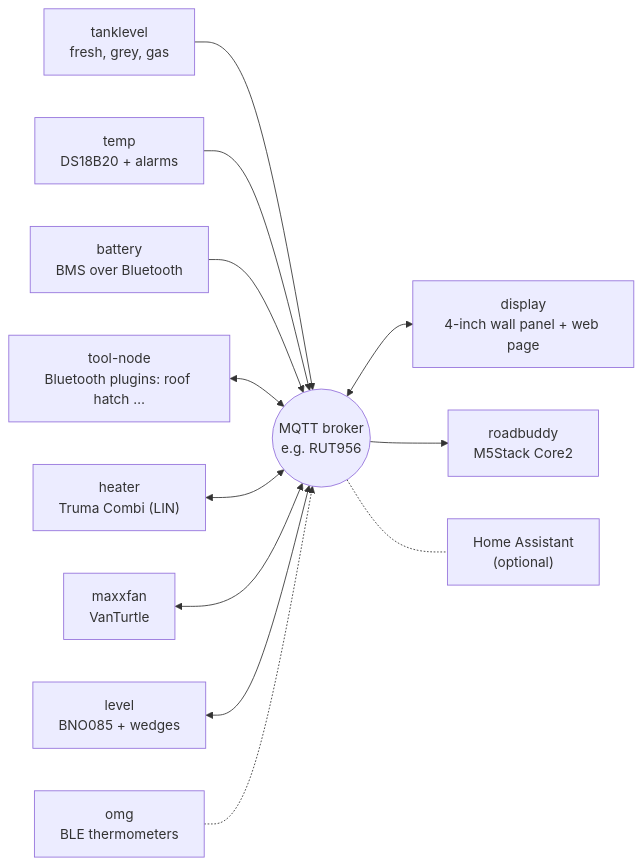
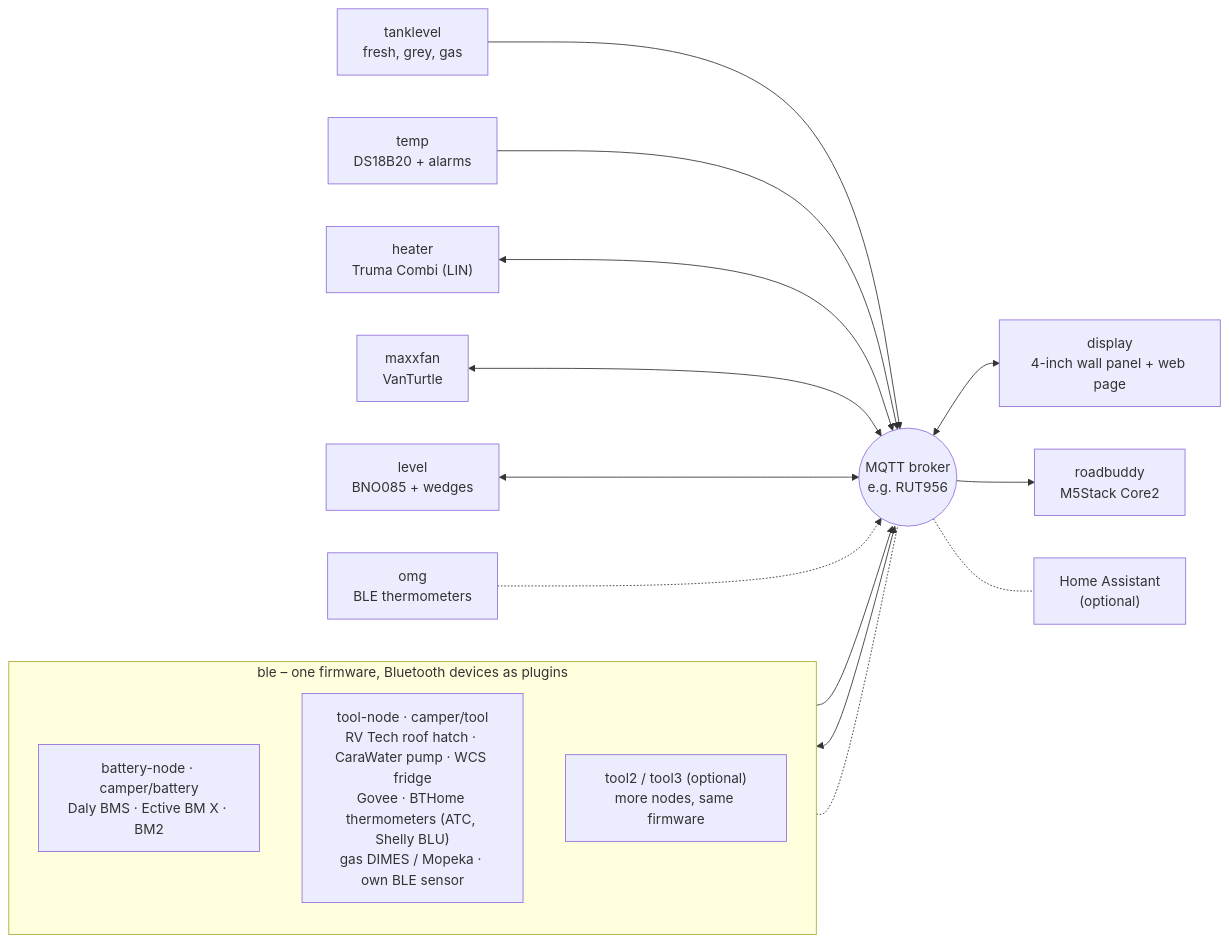
The diagram in README.md (hflocki/vannode), drawn with Mermaid before and after one commit. The commit also changed other lines of this file and 1 other file, not shown here.

Commit message:
README: diagram with one ble firmware (battery-node, tool-node, tool2/3)

````diff
--- a/README.md
+++ b/README.md
@@ -27,15 +27,22 @@
 ```mermaid
 flowchart LR
   broker(("MQTT broker<br/>e.g. RUT956"))
   tank["tanklevel<br/>fresh, grey, gas"] --> broker
   temp["temp<br/>DS18B20 + alarms"] --> broker
-  bat["battery<br/>BMS over Bluetooth"] --> broker
-  tool["tool-node<br/>Bluetooth plugins: roof hatch …"] <--> broker
+  subgraph ble["ble – one firmware, Bluetooth devices as plugins"]
+    direction TB
+    bat["battery-node · camper/battery<br/>Daly BMS · Ective BM X · BM2"]
+    tool["tool-node · camper/tool<br/>RV Tech roof hatch · CaraWater pump · WCS fridge<br/>Govee · BTHome thermometers (ATC, Shelly BLU)<br/>gas DIMES / Mopeka · own BLE sensor"]
+    more["tool2 / tool3 (optional)<br/>more nodes, same firmware"]
+  end
+  bat --> broker
+  tool <--> broker
+  more -.- broker
   heater["heater<br/>Truma Combi (LIN)"] <--> broker
   fan["maxxfan<br/>VanTurtle"] <--> broker
   level["level<br/>BNO085 + wedges"] <--> broker
   omg["omg<br/>BLE thermometers"] -.-> broker
   broker <--> display["display<br/>4-inch wall panel + web page"]
   broker --> rb["roadbuddy<br/>M5Stack Core2"]
   broker -.- ha["Home Assistant<br/>(optional)"]
 ```
````
